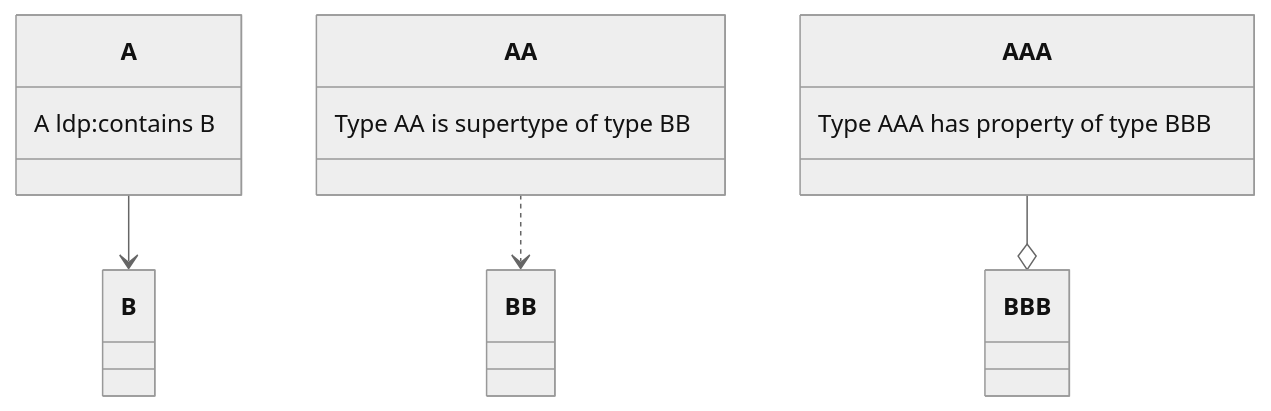
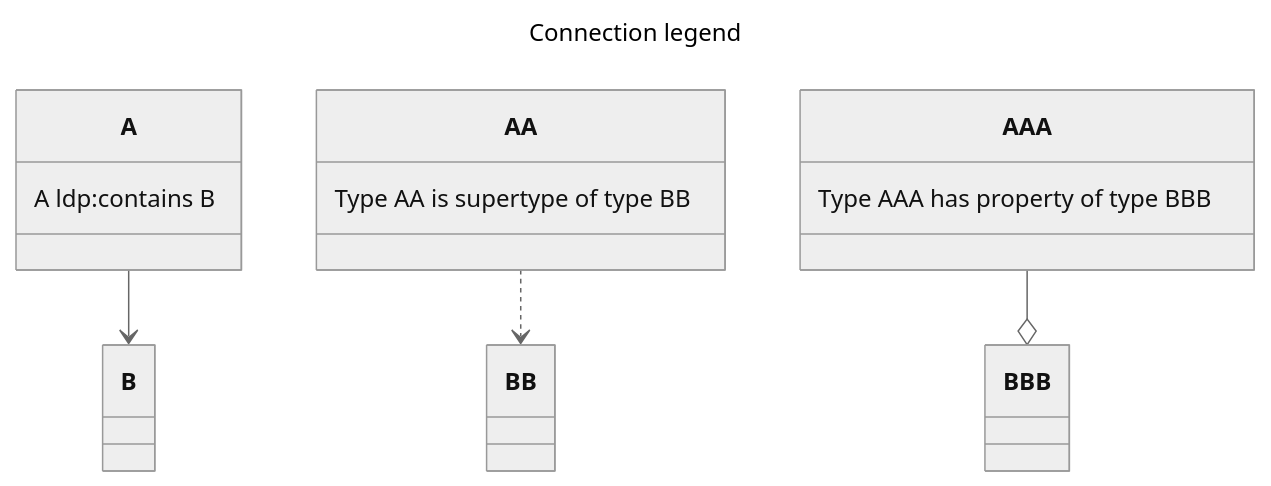
One commit to jitsedesmet/thesis changed the first of 2 diagrams in solution/storage-guidance-ontology/index.md. Above: the diagram before and after it, drawn with Mermaid (neutral theme). The commit also changed other lines of this file, not shown here.

Commit message:
explain graph

```diff
--- a/solution/storage-guidance-ontology/index.md
+++ b/solution/storage-guidance-ontology/index.md
@@ -15,17 +29,21 @@
 <pre class="mermaid">
+&#45;&#45;&#45;
+title: Connection legend
+&#45;&#45;&#45;
+
 classDiagram
   A --> B
   class A {
     A ldp:contains B
   }
 
   AA ..> BB
   class AA {
     Type AA is supertype of type BB 
   }
 
   AAA --o BBB
   class AAA {
     Type AAA has property of type BBB
   }
 </pre>
```
